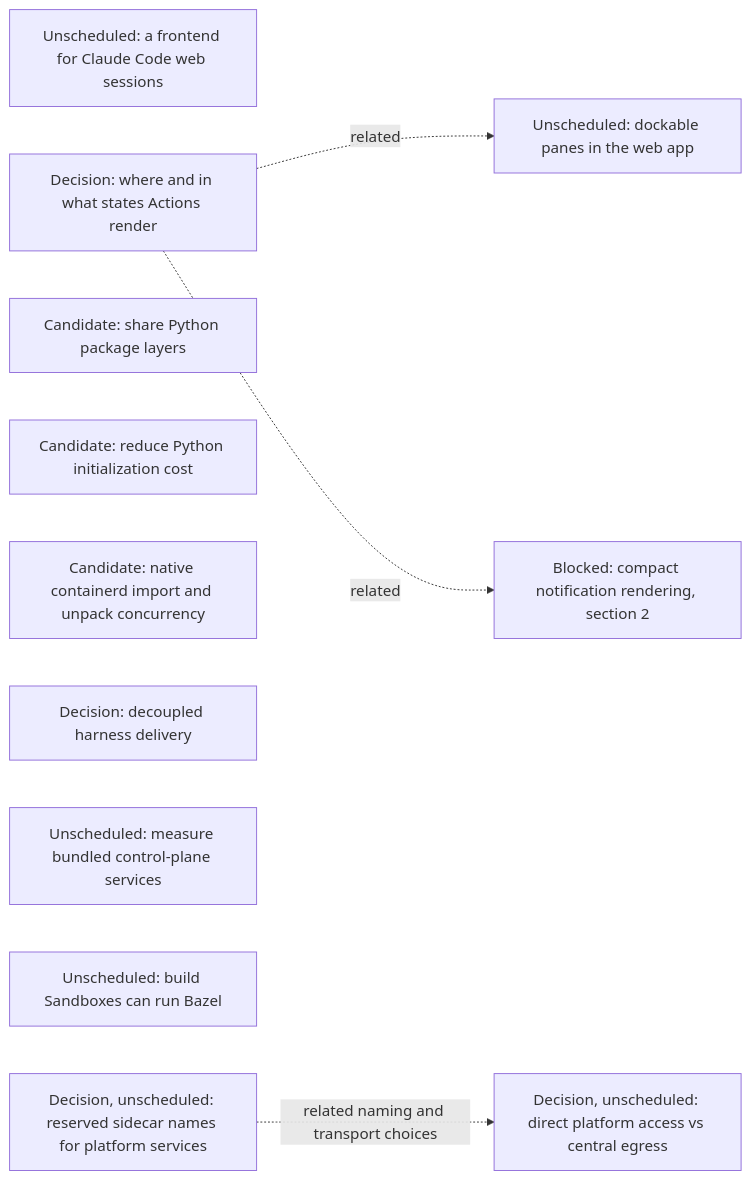
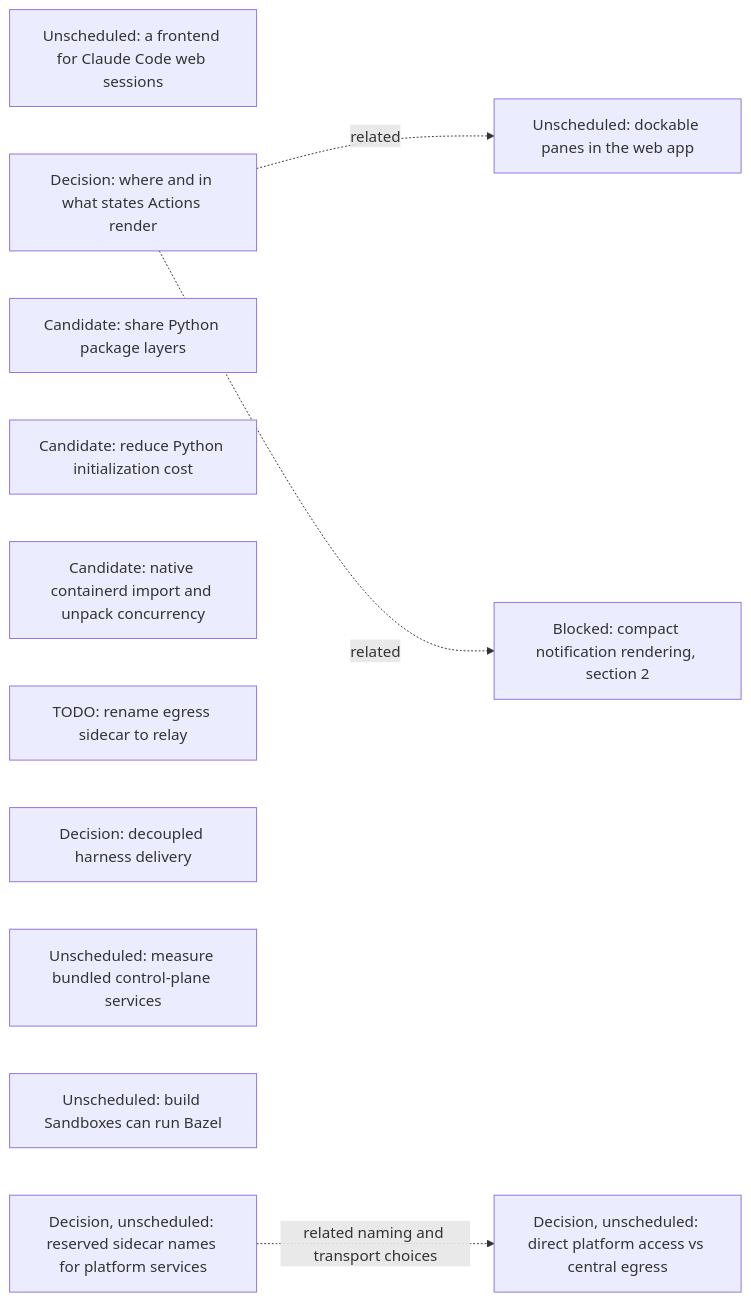
Before and after one commit to agentydragon-agent/ducktape: the seventh of 16 diagrams in agentplane/plans/task_dag.md, drawn with Mermaid. The commit also changed other lines of this file, not shown here.

First line of the commit message:
docs(agentplane): track egress relay rename (#10839)

````diff
--- a/agentplane/plans/task_dag.md
+++ b/agentplane/plans/task_dag.md
@@ -794,18 +794,19 @@
 ```mermaid
 flowchart LR
     CLAUDE_CODE_WEB_BRIDGE[Unscheduled: a frontend for Claude Code web sessions]
     ACTION_SURFACES_DESIGN[Decision: where and in what states Actions render]
     K3S_SHARED_PACKAGE_LAYERS[Candidate: share Python package layers]
     K3S_PYTHON_INITIALIZATION[Candidate: reduce Python initialization cost]
     K3S_IMPORT_CONCURRENCY[Candidate: native containerd import and unpack concurrency]
+    EGRESS_RELAY_RENAME[TODO: rename egress sidecar to relay]
     RUNNER_HARNESS_DELIVERY_DESIGN[Decision: decoupled harness delivery]
     K3S_BUNDLED_SERVICES_SPIKE[Unscheduled: measure bundled control-plane services]
     DOCKABLE_PANES[Unscheduled: dockable panes in the web app]
     ACTION_SURFACES_DESIGN -. related .-> DOCKABLE_PANES
     NOTIFICATION_PRESENTATION[Blocked: compact notification rendering, section 2]
     ACTION_SURFACES_DESIGN -. related .-> NOTIFICATION_PRESENTATION
     BUILD_BOX_BAZEL[Unscheduled: build Sandboxes can run Bazel]
     PLATFORM_SERVICE_NAMES_DESIGN[Decision, unscheduled: reserved sidecar names for platform services]
     PLATFORM_SERVICE_ROUTING_DESIGN[Decision, unscheduled: direct platform access vs central egress]
     PLATFORM_SERVICE_NAMES_DESIGN -. related naming and transport choices .-> PLATFORM_SERVICE_ROUTING_DESIGN
 ```
````
